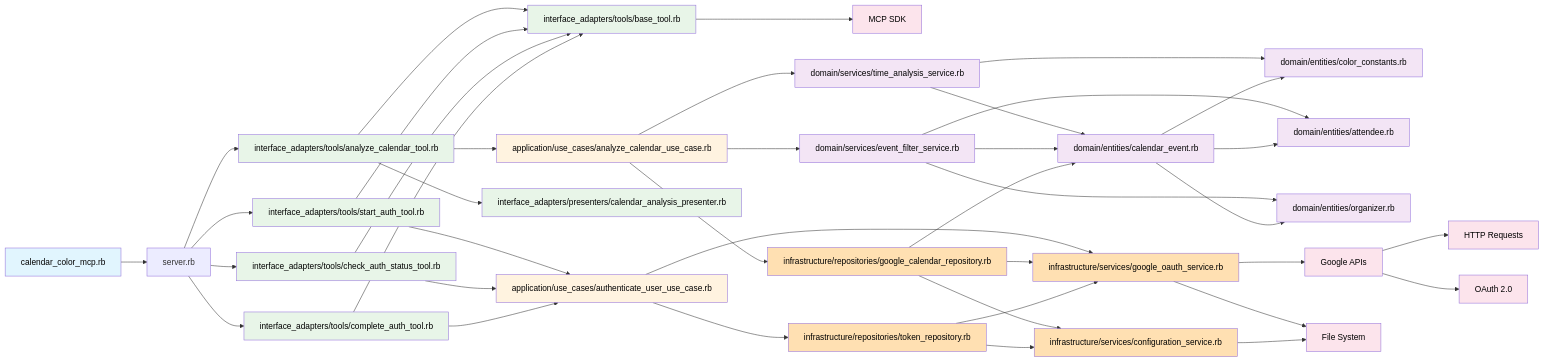
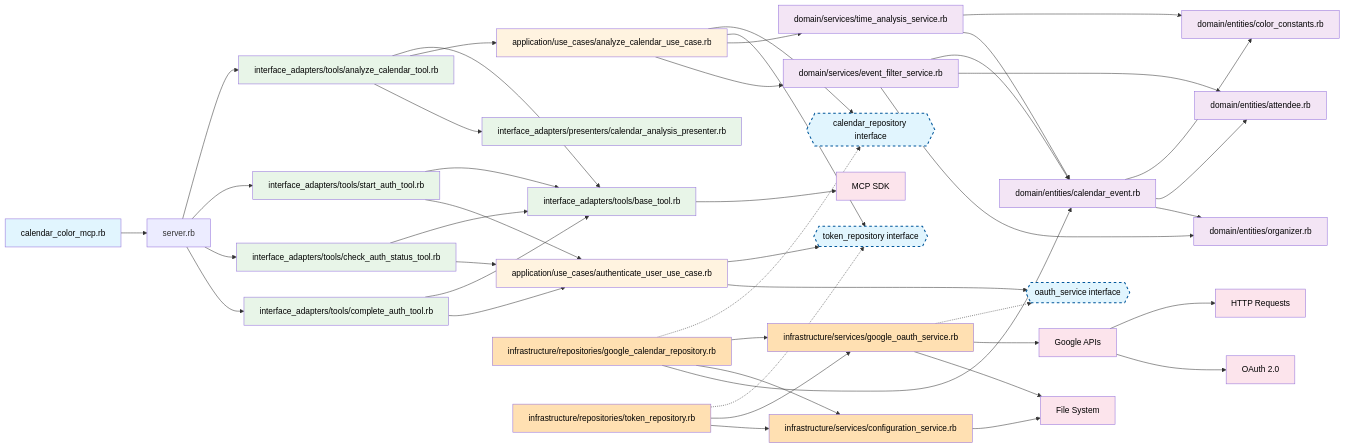
The diagram in docs/lib-dependencies.md (talasago/gcal-color-time-tracker-mcp), drawn with Mermaid before and after one commit. The commit also changed other lines of this file, not shown here.

Commit message:
docs: update dependency diagram to reflect interface-based architecture and dependency injection

````diff
--- a/docs/lib-dependencies.md
+++ b/docs/lib-dependencies.md
@@ -25,12 +25,18 @@
     CheckAuthTool --> AuthenticateUseCase
     CompleteAuthTool --> AuthenticateUseCase
     
-    %% Application Layer
-    AnalyzeUseCase --> GoogleCalendarRepo[infrastructure/repositories/google_calendar_repository.rb]
+    %% Application Layer (depends on abstractions via dependency injection)
+    AnalyzeUseCase --> CalendarRepoInterface{{calendar_repository interface}}
+    AnalyzeUseCase --> TokenRepoInterface{{token_repository interface}}
     AnalyzeUseCase --> TimeAnalysisService[domain/services/time_analysis_service.rb]
     AnalyzeUseCase --> EventFilterService[domain/services/event_filter_service.rb]
-    AuthenticateUseCase --> TokenRepo[infrastructure/repositories/token_repository.rb]
-    AuthenticateUseCase --> GoogleOAuthService[infrastructure/services/google_oauth_service.rb]
+    AuthenticateUseCase --> TokenRepoInterface
+    AuthenticateUseCase --> OAuthServiceInterface{{oauth_service interface}}
+    
+    %% Infrastructure implements interfaces (dependency injection)
+    GoogleCalendarRepo[infrastructure/repositories/google_calendar_repository.rb] -.-> CalendarRepoInterface
+    TokenRepo[infrastructure/repositories/token_repository.rb] -.-> TokenRepoInterface
+    GoogleOAuthService[infrastructure/services/google_oauth_service.rb] -.-> OAuthServiceInterface
     
     %% Domain Layer
     TimeAnalysisService --> ColorConstants[domain/entities/color_constants.rb]
@@ -66,6 +72,7 @@
     classDef application fill:#fff3e0,color:#000
     classDef domain fill:#f3e5f5,color:#000
     classDef infrastructure fill:#ffe0b2,color:#000
+    classDef interfaces fill:#e1f5fe,stroke:#01579b,stroke-width:2px,stroke-dasharray: 5 5,color:#000
     classDef external fill:#fce4ec,color:#000
     
     class Main entryPoint
@@ -73,5 +80,6 @@
     class AnalyzeUseCase,AuthenticateUseCase application
     class TimeAnalysisService,EventFilterService,CalendarEvent,ColorConstants,Attendee,Organizer domain
     class GoogleCalendarRepo,TokenRepo,GoogleOAuthService,ConfigurationService infrastructure
+    class CalendarRepoInterface,TokenRepoInterface,OAuthServiceInterface interfaces
     class MCP,GoogleAPI,FileSystem,HTTP,OAuth external
 ```
````
